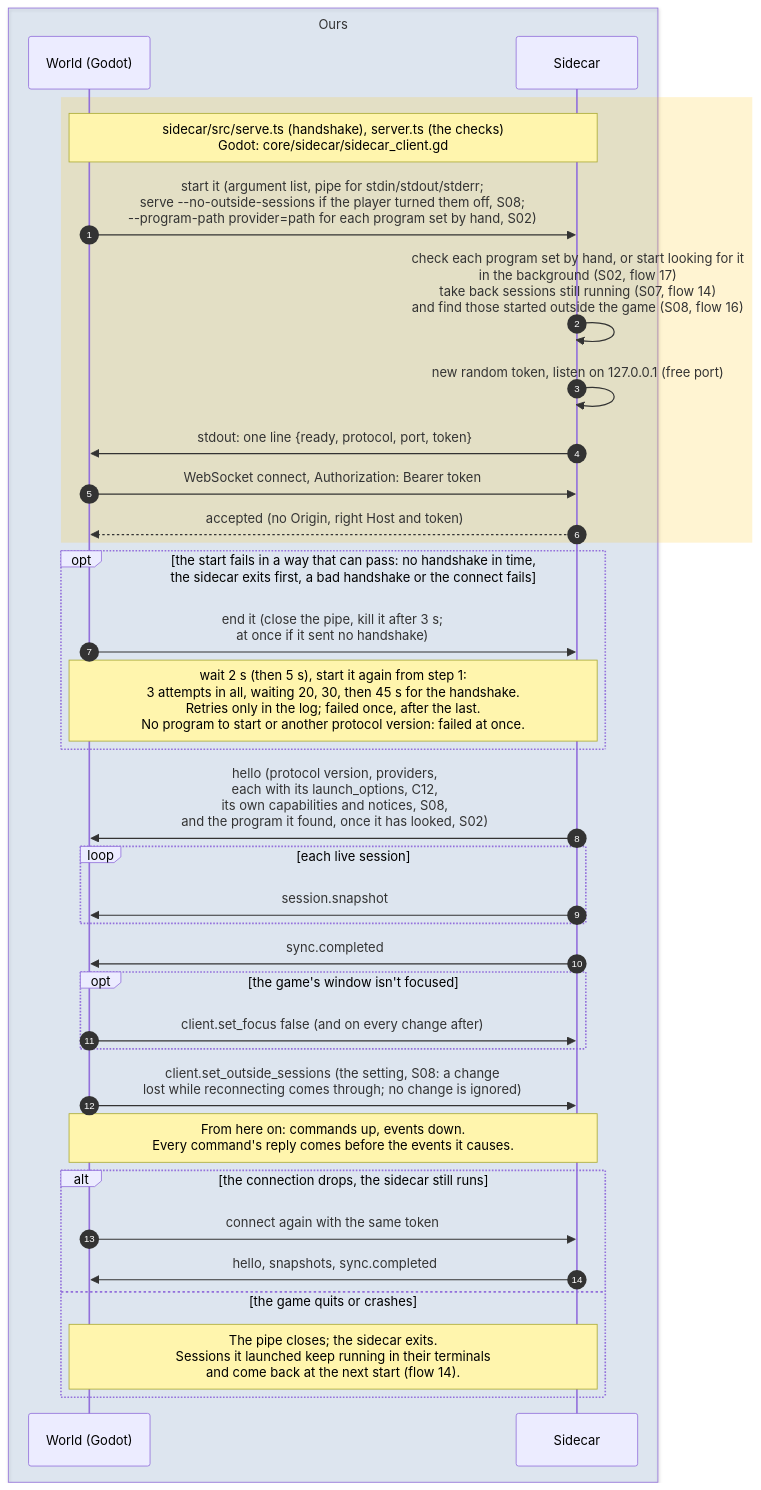
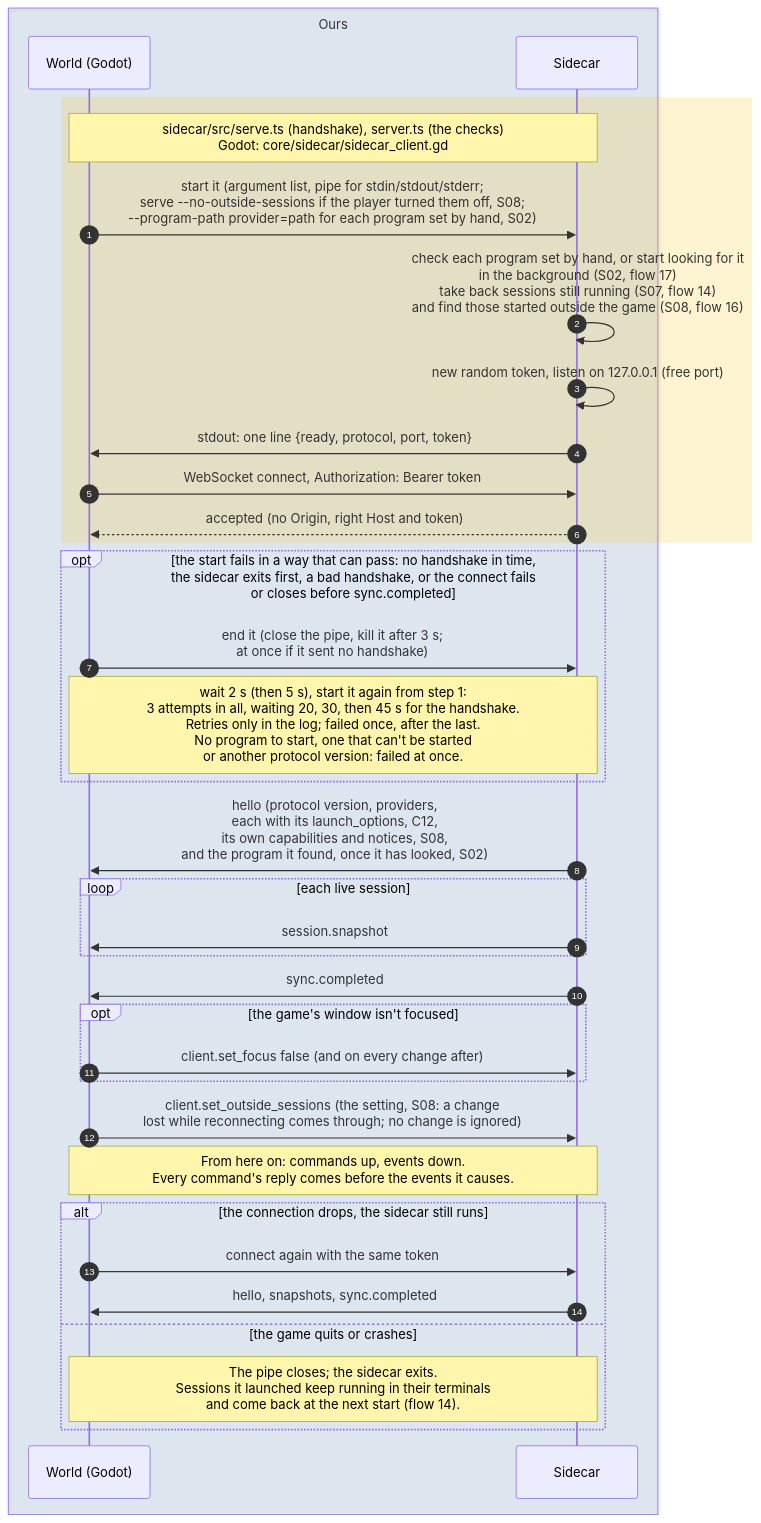
One commit to PaoloPortugal/The-Beach changed the diagram in docs/diagrams/sequence/00-starting-up.md. Above: the diagram before and after it, drawn with Mermaid. The commit also changed 7 other files, not shown here.

First line of the commit message:
S01 start retry: a connection closed before the first sync is a failed attempt; review fixes

````diff
--- a/docs/diagrams/sequence/00-starting-up.md
+++ b/docs/diagrams/sequence/00-starting-up.md
@@ -7,39 +7,39 @@
 ```mermaid
 sequenceDiagram
     autonumber
 
     box rgba(47,111,191,0.12) Ours
         participant World as World (Godot)
         participant Sidecar
     end
 
     rect rgba(255,193,7,0.18)
         Note over World,Sidecar: sidecar/src/serve.ts (handshake), server.ts (the checks)<br/>Godot: core/sidecar/sidecar_client.gd
         World->>Sidecar: start it (argument list, pipe for stdin/stdout/stderr#59;<br/>serve --no-outside-sessions if the player turned them off, S08#59;<br/>--program-path provider=path for each program set by hand, S02)
         Sidecar->>Sidecar: check each program set by hand, or start looking for it<br/>in the background (S02, flow 17)<br/>take back sessions still running (S07, flow 14)<br/>and find those started outside the game (S08, flow 16)
         Sidecar->>Sidecar: new random token, listen on 127.0.0.1 (free port)
         Sidecar->>World: stdout: one line {ready, protocol, port, token}
         World->>Sidecar: WebSocket connect, Authorization: Bearer token
         Sidecar-->>World: accepted (no Origin, right Host and token)
     end
-    opt the start fails in a way that can pass: no handshake in time,<br/>the sidecar exits first, a bad handshake or the connect fails
+    opt the start fails in a way that can pass: no handshake in time,<br/>the sidecar exits first, a bad handshake, or the connect fails<br/>or closes before sync.completed
         World->>Sidecar: end it (close the pipe, kill it after 3 s#59;<br/>at once if it sent no handshake)
-        Note over World,Sidecar: wait 2 s (then 5 s), start it again from step 1:<br/>3 attempts in all, waiting 20, 30, then 45 s for the handshake.<br/>Retries only in the log#59; failed once, after the last.<br/>No program to start or another protocol version: failed at once.
+        Note over World,Sidecar: wait 2 s (then 5 s), start it again from step 1:<br/>3 attempts in all, waiting 20, 30, then 45 s for the handshake.<br/>Retries only in the log#59; failed once, after the last.<br/>No program to start, one that can't be started<br/>or another protocol version: failed at once.
     end
     Sidecar->>World: hello (protocol version, providers,<br/>each with its launch_options, C12,<br/>its own capabilities and notices, S08,<br/>and the program it found, once it has looked, S02)
     loop each live session
         Sidecar->>World: session.snapshot
     end
     Sidecar->>World: sync.completed
     opt the game's window isn't focused
         World->>Sidecar: client.set_focus false (and on every change after)
     end
     World->>Sidecar: client.set_outside_sessions (the setting, S08: a change<br/>lost while reconnecting comes through#59; no change is ignored)
     Note over World,Sidecar: From here on: commands up, events down.<br/>Every command's reply comes before the events it causes.
     alt the connection drops, the sidecar still runs
         World->>Sidecar: connect again with the same token
         Sidecar->>World: hello, snapshots, sync.completed
     else the game quits or crashes
         Note over World,Sidecar: The pipe closes#59; the sidecar exits.<br/>Sessions it launched keep running in their terminals<br/>and come back at the next start (flow 14).
     end
 ```
````
